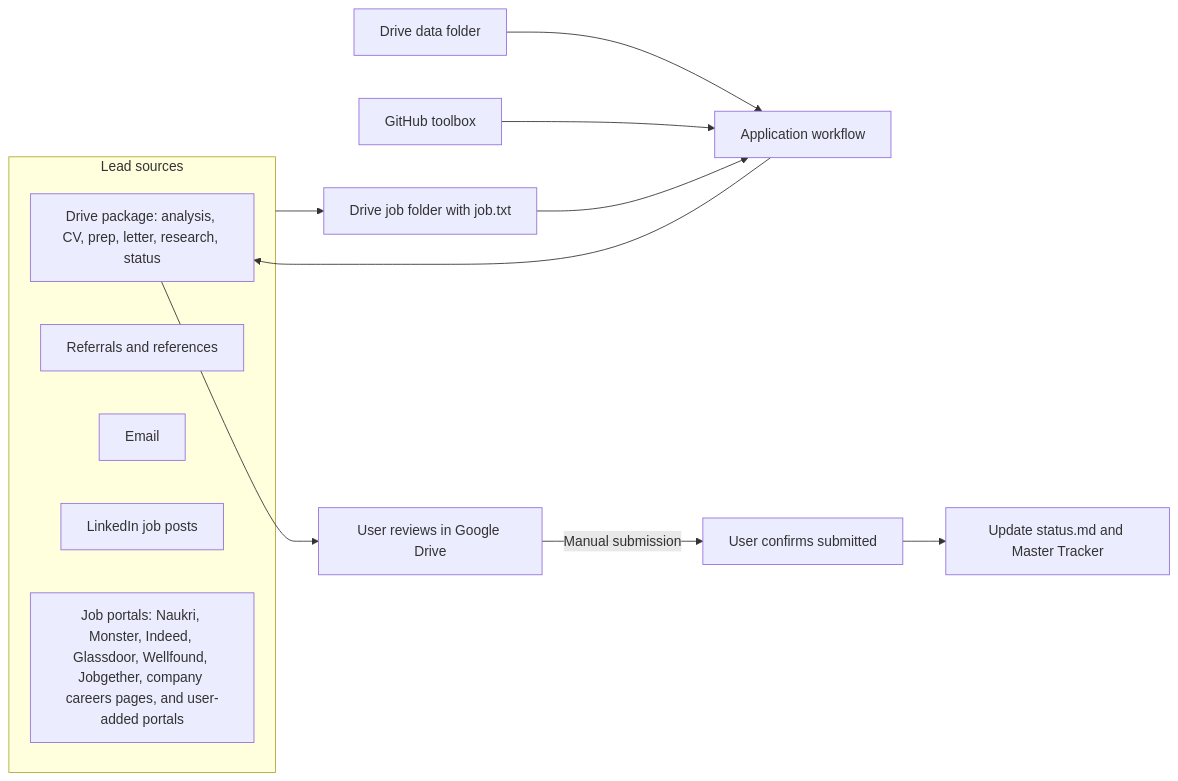
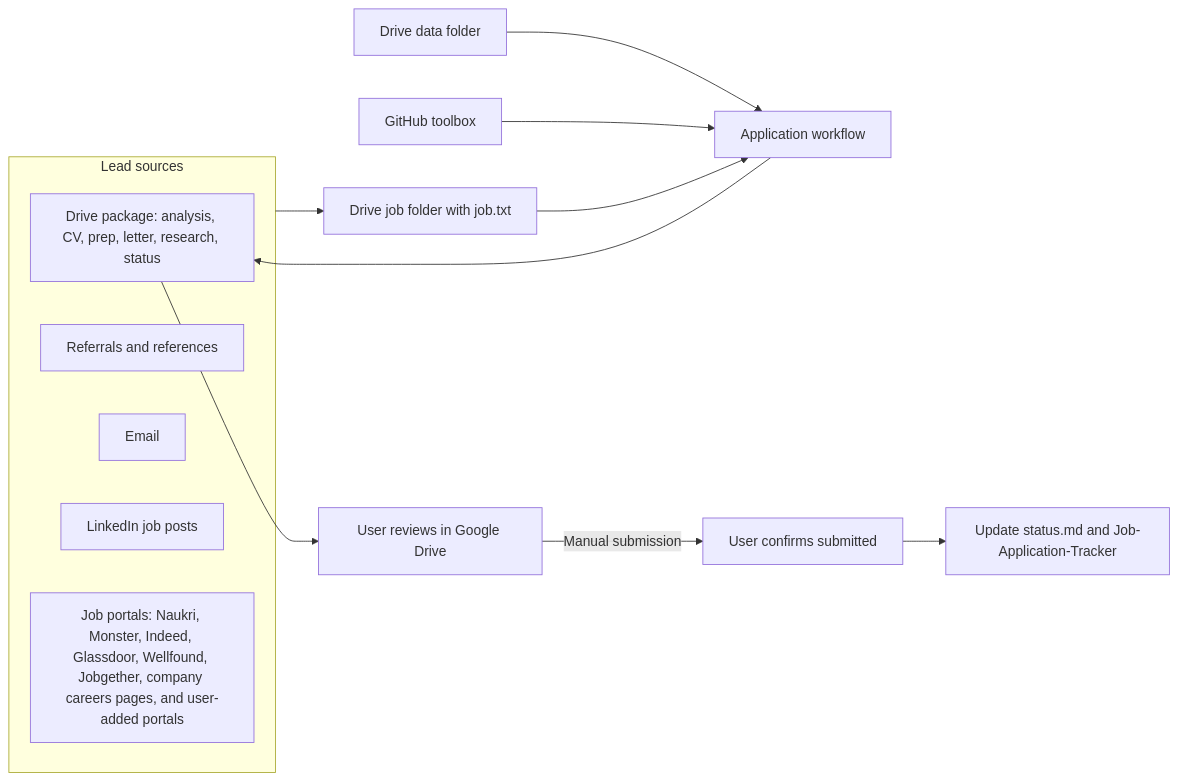
The diagram in README.md (naren4b/cv-toolbox), drawn with Mermaid before and after one commit. The commit also changed other lines of this file and 14 other files, not shown here.

````diff
--- a/README.md
+++ b/README.md
@@ -7,18 +7,18 @@
 ```mermaid
 flowchart LR
     subgraph L[Lead sources]
       P[Phone calls]
       Rf[Referrals and references]
       E[Email]
       LI[LinkedIn job posts]
       JP[Job portals: Naukri, Monster, Indeed, Glassdoor, Wellfound, Jobgether, company careers pages, and user-added portals]
     end
     L --> J[Drive job folder with job.txt]
     D[Drive data folder] --> W[Application workflow]
     T[GitHub toolbox] --> W
     J --> W
     W --> P[Drive package: analysis, CV, prep, letter, research, status]
     P --> R[User reviews in Google Drive]
     R -->|Manual submission| M[User confirms submitted]
-    M --> S[Update status.md and Master Tracker]
+    M --> S[Update status.md and Job-Application-Tracker]
 ```
````
